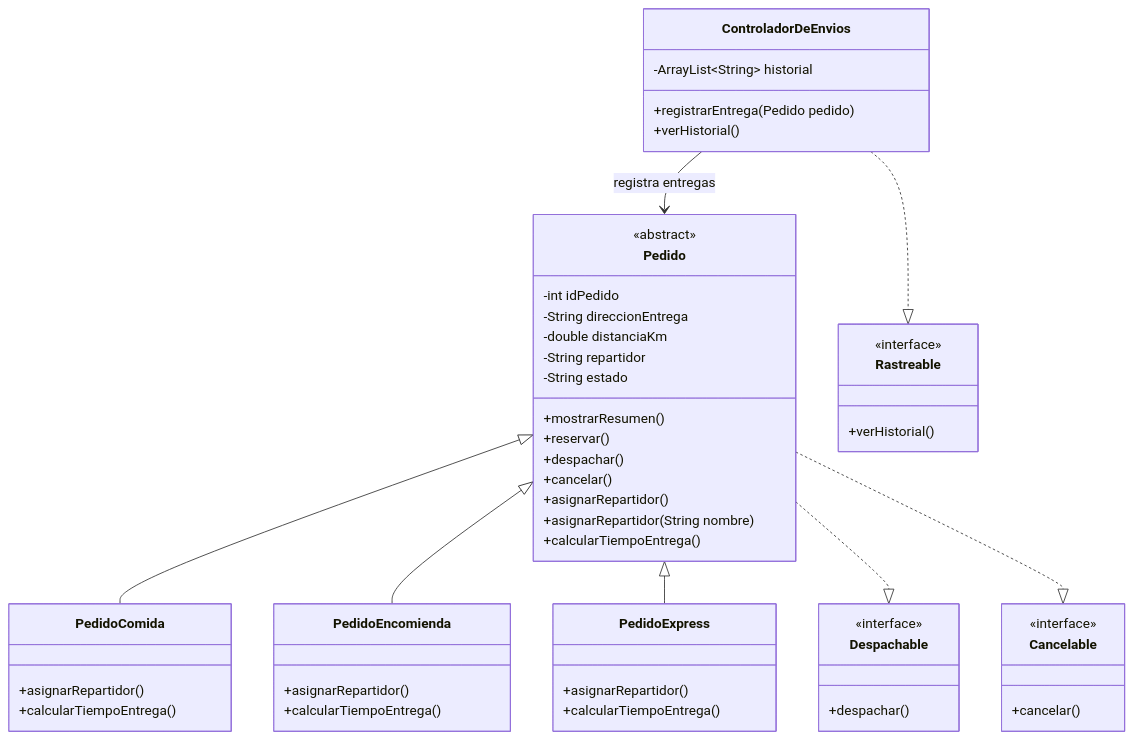
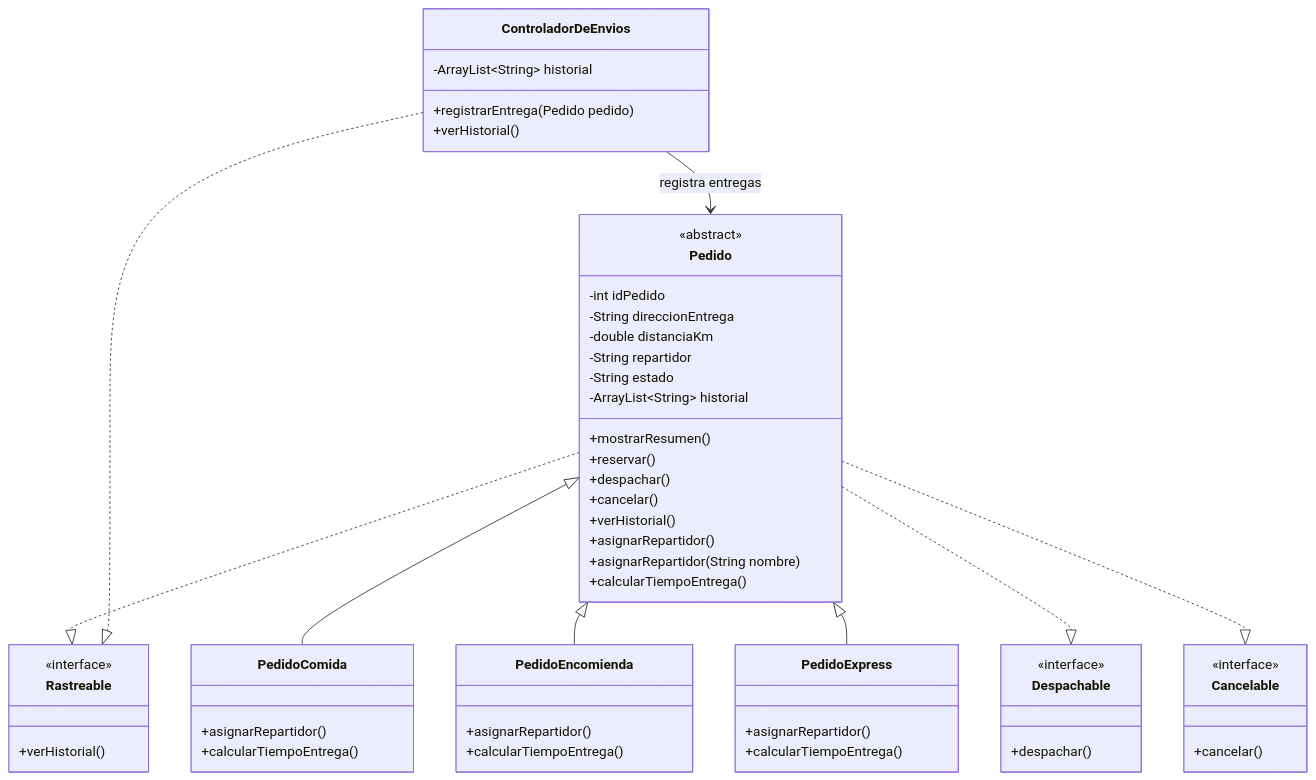
Before and after one commit to vicentesanz/SpeedFast: the diagram in README.md, drawn with Mermaid. The commit also changed other lines of this file, not shown here.

````diff
--- a/README.md
+++ b/README.md
@@ -177,65 +208,68 @@
 ```mermaid
 classDiagram
 
 class Pedido {
     <<abstract>>
     -int idPedido
     -String direccionEntrega
     -double distanciaKm
     -String repartidor
     -String estado
+    -ArrayList~String~ historial
     +mostrarResumen()
     +reservar()
     +despachar()
     +cancelar()
+    +verHistorial()
     +asignarRepartidor()
     +asignarRepartidor(String nombre)
     +calcularTiempoEntrega()
 }
 
 class PedidoComida {
     +asignarRepartidor()
     +calcularTiempoEntrega()
 }
 
 class PedidoEncomienda {
     +asignarRepartidor()
     +calcularTiempoEntrega()
 }
 
 class PedidoExpress {
     +asignarRepartidor()
     +calcularTiempoEntrega()
 }
 
 class Despachable {
     <<interface>>
     +despachar()
 }
 
 class Cancelable {
     <<interface>>
     +cancelar()
 }
 
 class Rastreable {
     <<interface>>
     +verHistorial()
 }
 
 class ControladorDeEnvios {
     -ArrayList~String~ historial
     +registrarEntrega(Pedido pedido)
     +verHistorial()
 }
 
 Pedido <|-- PedidoComida
 Pedido <|-- PedidoEncomienda
 Pedido <|-- PedidoExpress
 
 Pedido ..|> Despachable
 Pedido ..|> Cancelable
+Pedido ..|> Rastreable
 
 ControladorDeEnvios ..|> Rastreable
 ControladorDeEnvios --> Pedido : registra entregas
 ```
````
